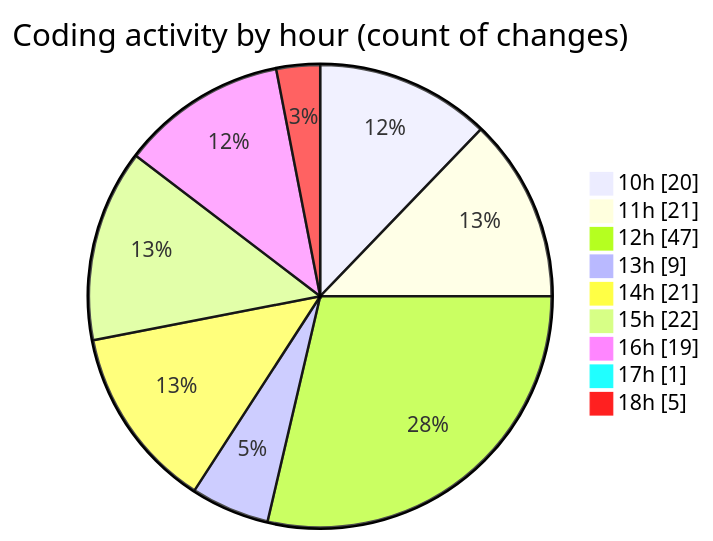
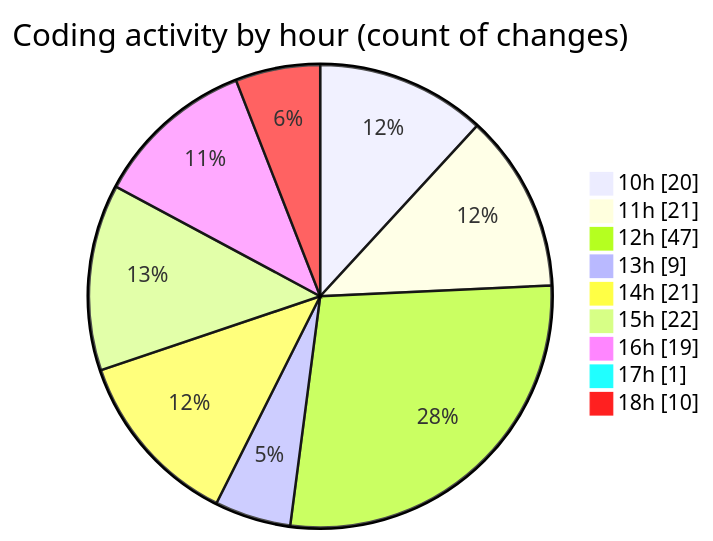
The second of 2 diagrams in 2025-05-20/cda/README.md (momahboobian/code-tracking), drawn with Mermaid before and after one commit. The commit also changed other lines of this file and 1 other file, not shown here.

````diff
--- a/2025-05-20/cda/README.md
+++ b/2025-05-20/cda/README.md
@@ -53,13 +53,13 @@
 ```mermaid
 pie showData
 title Coding activity by hour (count of changes)
 "10h" : 20
 "11h" : 21
 "12h" : 47
 "13h" : 9
 "14h" : 21
 "15h" : 22
 "16h" : 19
 "17h" : 1
-"18h" : 5
+"18h" : 10
 ```
````
